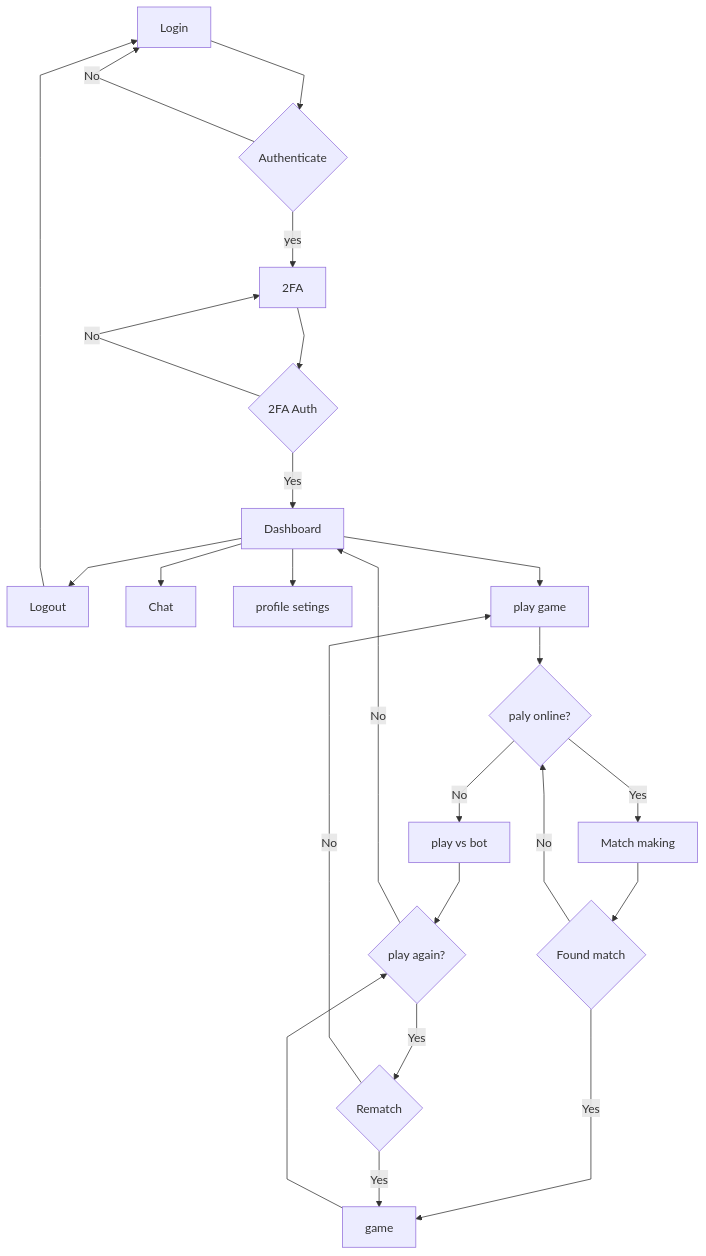
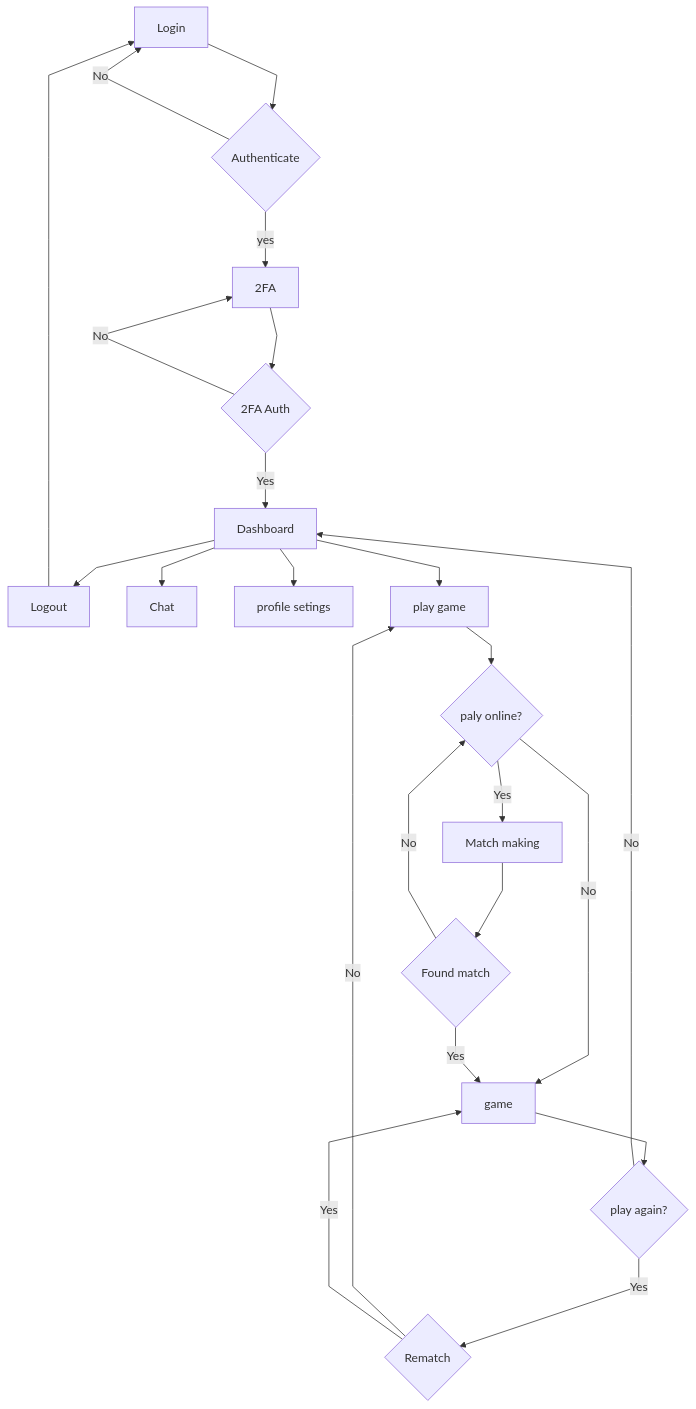
One commit to MahdyZ7/Inception changed the diagram in README.md. Above: the diagram before and after it, drawn with Mermaid.

Commit message:
read me for transendance

````diff
--- a/README.md
+++ b/README.md
@@ -1,31 +1,30 @@
 ``` mermaid
 %%{init: {'theme': 'default', "flowchart" : { "curve" : "linear" } } }%%
-flowchart TD
+flowchart TB
 	 in[Login] --> B{Authenticate}
 	 B -- yes --> C[2FA]
 	 B -- No --> in
 	 C --> D{2FA Auth}
 	 D -- No --> C
 	 D -- Yes --> F[Dashboard]
 
 	 F --> G[Logout]
 	 G --> in
 	 F--> H[Chat]
 	 F --> I[profile setings]
 	 F --> J[play game]
 	 J --> K{paly online?}
 
 
-	 K -- No --> L[play vs bot]
-	 L --> P
+	 K -- No --> O[Game]
 	 K -- Yes --> M[Match making]
 	 M --> N{Found match}
 	 N -- No --> K
 	 N -- Yes --> O[game]
 	 O --> P{play again?}
 	 P -- No --> F
 	 P -- Yes --> Q{Rematch}
 	 Q -- No --> J 
 	 Q -- Yes --> O
 
 ```
````
